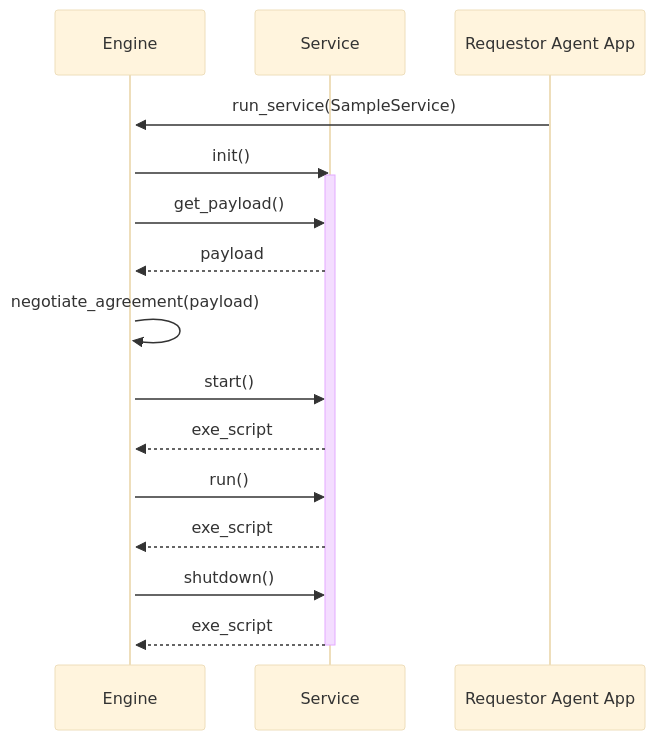
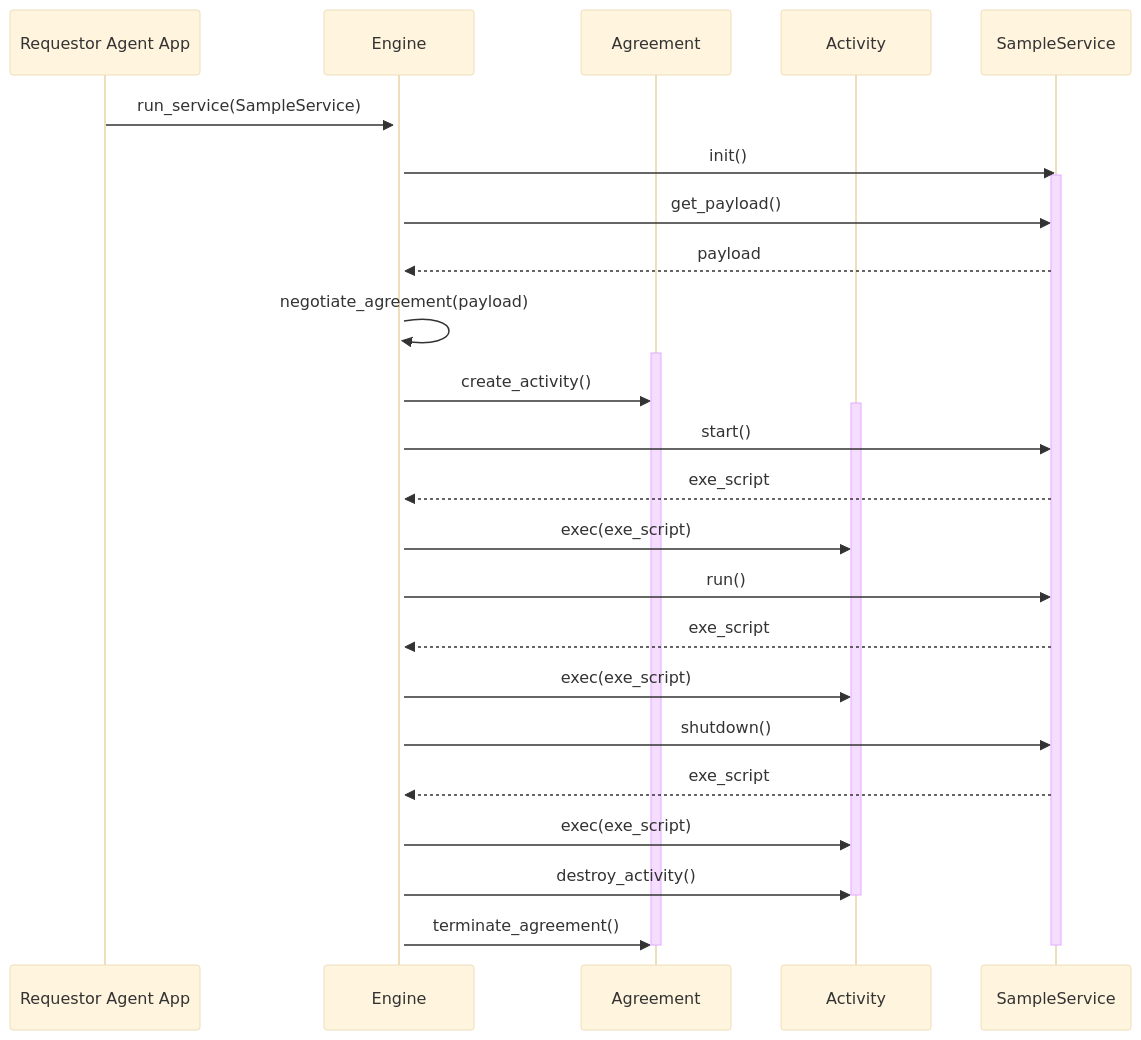
Before and after one commit to golemfactory/golem-architecture: the second of 2 diagrams in gaps/gap-29_service_api/gap-29_service_api.md, drawn with Mermaid (base theme). The commit also changed other lines of this file, not shown here.

````diff
--- a/gaps/gap-29_service_api/gap-29_service_api.md
+++ b/gaps/gap-29_service_api/gap-29_service_api.md
@@ -23,22 +50,39 @@
 ```mermaid
 sequenceDiagram
+    participant Agent as Requestor Agent App
     participant Golem as Engine
-    participant SampleService as Service
-    participant Agent as Requestor Agent App
+    participant Agreement
+    participant Activity
+    participant SampleService as SampleService
 
     Agent ->>+ Golem: run_service(SampleService)
     Golem ->> SampleService: init()
     activate SampleService
     Golem ->> SampleService: get_payload()
     SampleService -->> Golem: payload
     Golem ->> Golem: negotiate_agreement(payload)
+    activate Agreement
+    Golem ->> Agreement: create_activity()
+    activate Activity
+
     Golem ->> SampleService: start()
     SampleService -->> Golem: exe_script
+    Golem ->> Activity: exec(exe_script)
+
     Golem ->> SampleService: run()
     SampleService -->> Golem: exe_script
+    Golem ->> Activity: exec(exe_script)
+
     Golem ->> SampleService: shutdown()
     SampleService -->> Golem: exe_script
+    Golem ->> Activity: exec(exe_script)
+
+    Golem ->> Activity: destroy_activity()
+    deactivate Activity
+
+    Golem ->> Agreement: terminate_agreement()
+    deactivate Agreement
+
     deactivate SampleService
-    
 
 ```
````
